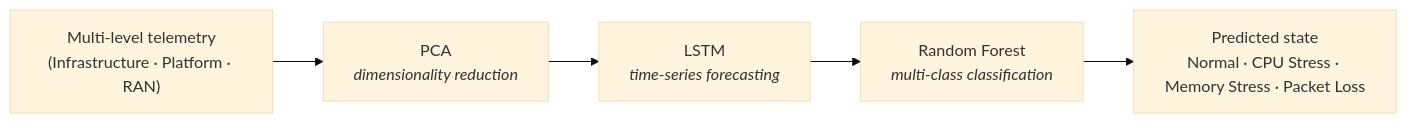
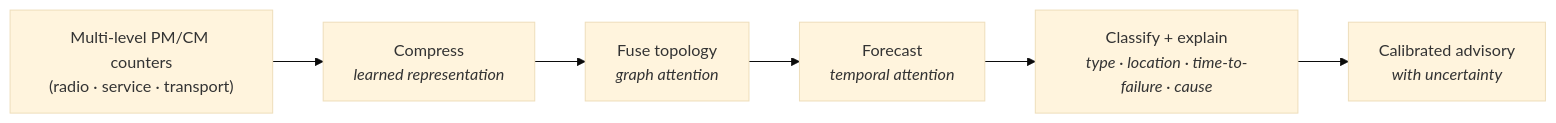
Before and after one commit to basillicus/autofm: the diagram in README.md, drawn with Mermaid (base theme). The commit also changed other lines of this file and 2 other files, not shown here.

Commit message:
Align docs: review fixes, RAN/3GPP framing, clearer titles, README overview

````diff
--- a/README.md
+++ b/README.md
@@ -51,7 +52,8 @@
 ```mermaid
 flowchart LR
-    A["Multi-level telemetry<br/>(Infrastructure · Platform · RAN)"] --> B["PCA<br/><i>dimensionality reduction</i>"]
-    B --> C["LSTM<br/><i>time-series forecasting</i>"]
-    C --> D["Random Forest<br/><i>multi-class classification</i>"]
-    D --> E["Predicted state<br/>Normal · CPU Stress · Memory Stress · Packet Loss"]
+    A["Multi-level PM/CM counters<br/>(radio · service · transport)"] --> B["Compress<br/><i>learned representation</i>"]
+    B --> C["Fuse topology<br/><i>graph attention</i>"]
+    C --> D["Forecast<br/><i>temporal attention</i>"]
+    D --> E["Classify + explain<br/><i>type · location · time-to-failure · cause</i>"]
+    E --> F["Calibrated advisory<br/><i>with uncertainty</i>"]
 ```
````
